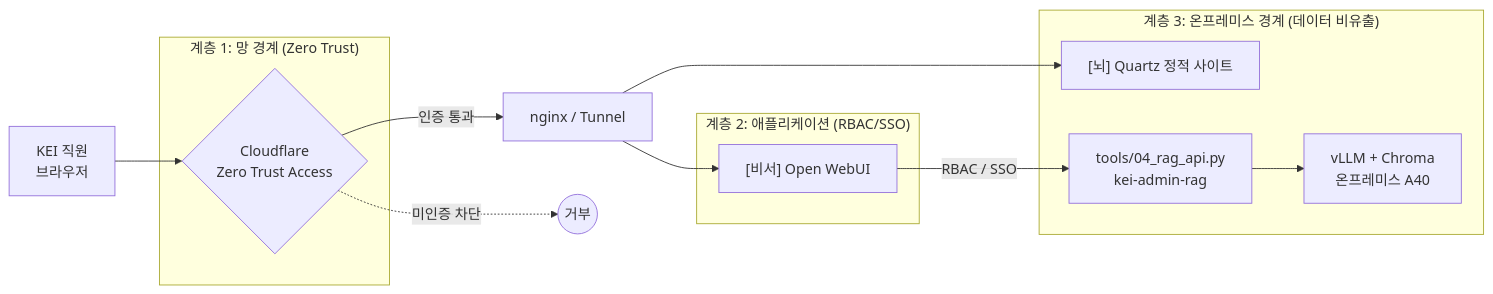
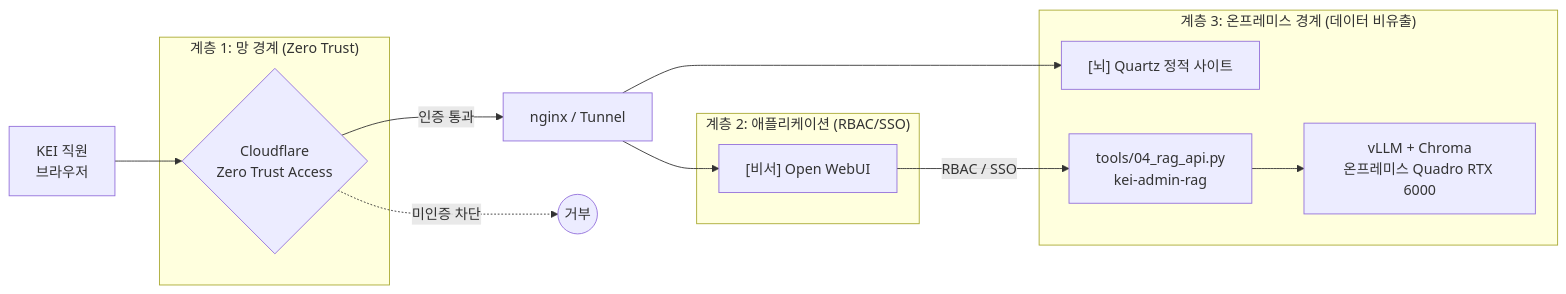
One commit to mooner92/KEIAdminSuperv changed the first of 4 diagrams in docs/07-security-governance.md. Above: the diagram before and after it, drawn with Mermaid. The commit also changed other lines of this file and 13 other files, not shown here.

First line of the commit message:
docs: GPU 표기 정정 A40 → Quadro RTX 6000 (실제 하드웨어)

````diff
--- a/docs/07-security-governance.md
+++ b/docs/07-security-governance.md
@@ -29,22 +29,22 @@
 ```mermaid
 flowchart LR
     U[KEI 직원<br/>브라우저] --> CF{Cloudflare<br/>Zero Trust Access}
     CF -->|인증 통과| NG[nginx / Tunnel]
     CF -.->|미인증 차단| X((거부))
     NG --> Q["[뇌] Quartz 정적 사이트"]
     NG --> W["[비서] Open WebUI"]
     W -->|RBAC / SSO| RAG["tools/04_rag_api.py<br/>kei-admin-rag"]
-    RAG --> V["vLLM + Chroma<br/>온프레미스 A40"]
+    RAG --> V["vLLM + Chroma<br/>온프레미스 Quadro RTX 6000"]
 
     subgraph 망경계["계층 1: 망 경계 (Zero Trust)"]
         CF
     end
     subgraph 앱["계층 2: 애플리케이션 (RBAC/SSO)"]
         W
     end
     subgraph 온프렘["계층 3: 온프레미스 경계 (데이터 비유출)"]
         Q
         RAG
         V
     end
 ```
````
